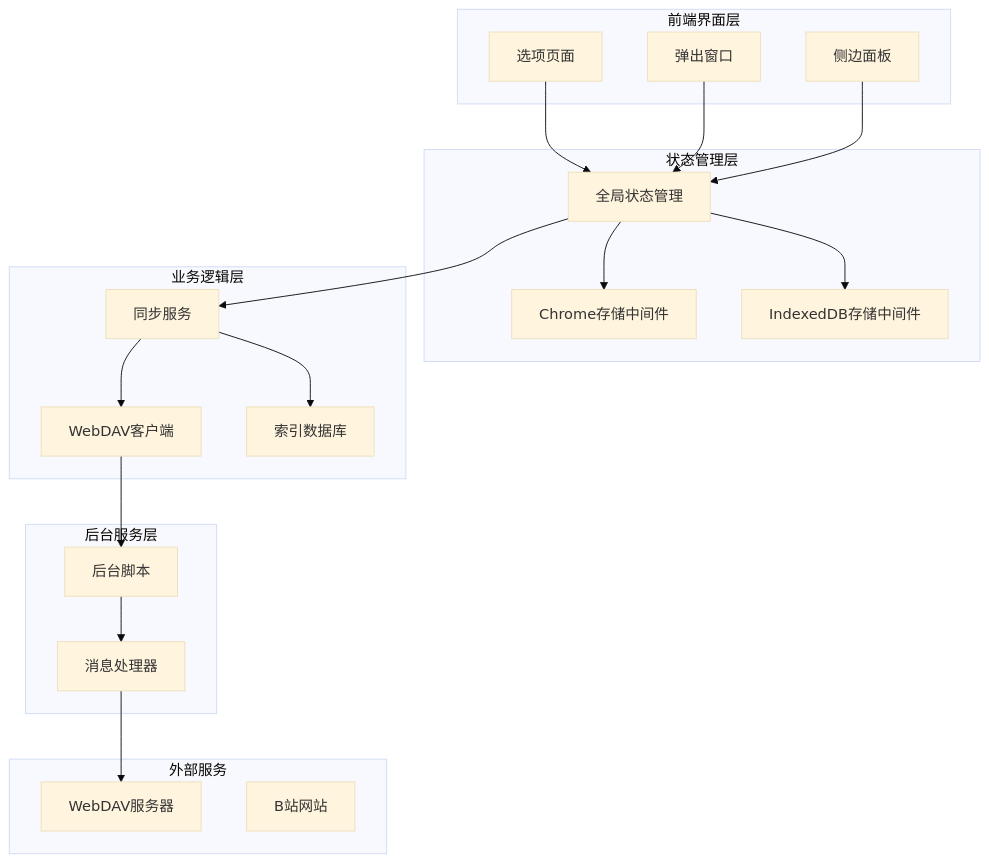
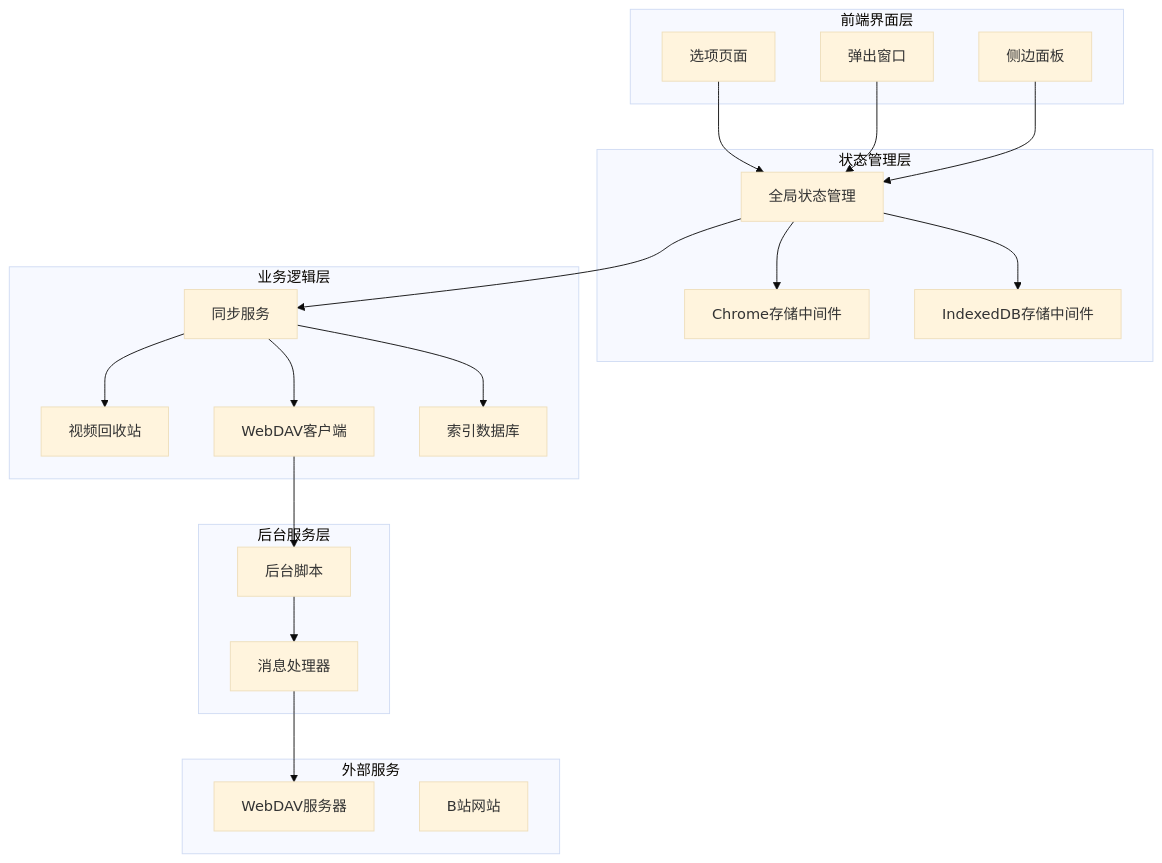
Before and after one commit to RadiumAg/bilibili-favorites: the first of 17 diagrams in .qoder/repowiki/zh/content/核心功能模块/WebDAV云同步系统.md, drawn with Mermaid (base theme). The commit also changed other lines of this file and 47 other files, not shown here.

````diff
--- a/.qoder/repowiki/zh/content/核心功能模块/WebDAV云同步系统.md
+++ b/.qoder/repowiki/zh/content/核心功能模块/WebDAV云同步系统.md
@@ -53,37 +56,39 @@
 ```mermaid
 graph TB
 subgraph "前端界面层"
 Options[选项页面]
 Popup[弹出窗口]
 SidePanel[侧边面板]
 end
 subgraph "状态管理层"
 Store[全局状态管理]
 ChromeStorage[Chrome存储中间件]
 IndexedDBStorage[IndexedDB存储中间件]
 end
 subgraph "业务逻辑层"
 SyncService[同步服务]
+VideoTrash[视频回收站]
 WebDAVClient[WebDAV客户端]
 IndexedDB[索引数据库]
 end
 subgraph "后台服务层"
 Background[后台脚本]
 MessageHandler[消息处理器]
 end
 subgraph "外部服务"
 WebDAVServer[WebDAV服务器]
 Bilibili[B站网站]
 end
 Options --> Store
 Store --> ChromeStorage
 Store --> IndexedDBStorage
 Store --> SyncService
+SyncService --> VideoTrash
 SyncService --> WebDAVClient
 SyncService --> IndexedDB
 WebDAVClient --> Background
 Background --> MessageHandler
 MessageHandler --> WebDAVServer
 Popup --> Store
 SidePanel --> Store
 ```
````
